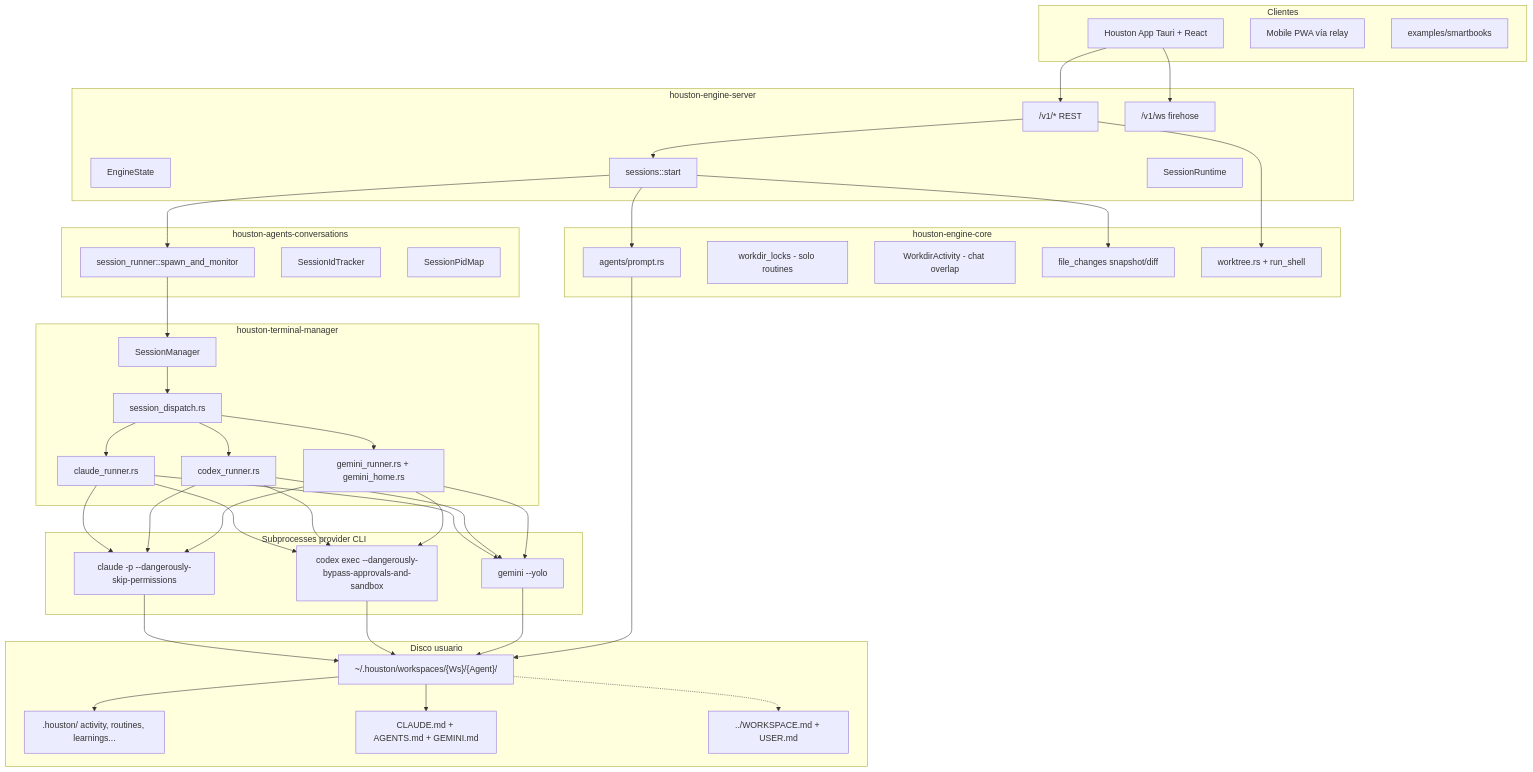
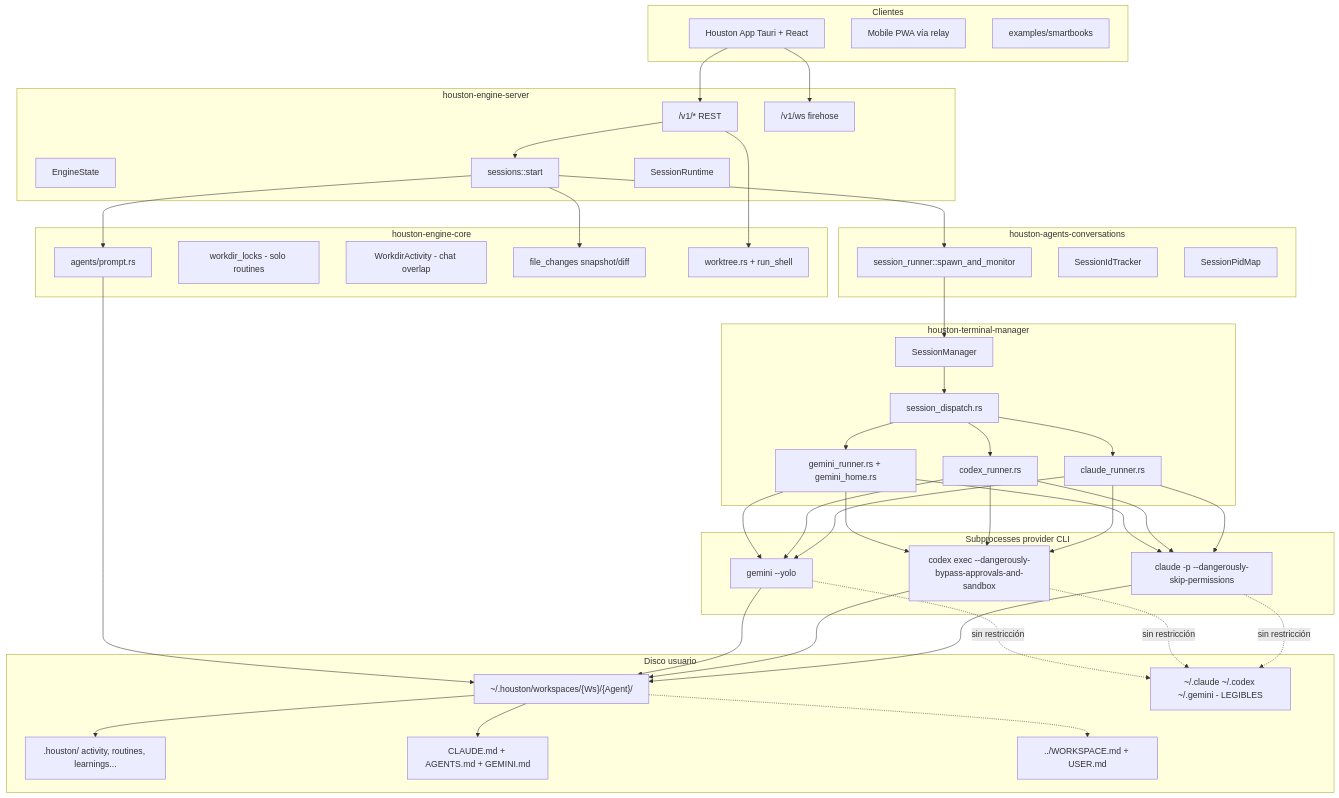
One commit to sebastianvelace/houston changed the first of 5 diagrams in docs/hackathon-agent-orchestration.md. Above: the diagram before and after it, drawn with Mermaid. The commit also changed other lines of this file, not shown here.

````diff
--- a/docs/hackathon-agent-orchestration.md
+++ b/docs/hackathon-agent-orchestration.md
@@ -48,67 +96,69 @@
 ```mermaid
 flowchart TB
     subgraph clients [Clientes]
         APP[Houston App Tauri + React]
         MOBILE[Mobile PWA vía relay]
         SMART[examples/smartbooks]
     end
 
     subgraph engine [houston-engine-server]
         REST["/v1/* REST"]
         WS["/v1/ws firehose"]
         STATE[EngineState]
         SESS[sessions::start]
         RT[SessionRuntime]
     end
 
     subgraph core [houston-engine-core]
         PROMPT[agents/prompt.rs]
         WLOCK[workdir_locks - solo routines]
         WACT[WorkdirActivity - chat overlap]
         FC[file_changes snapshot/diff]
         WT[worktree.rs + run_shell]
     end
 
     subgraph conv [houston-agents-conversations]
         SR[session_runner::spawn_and_monitor]
         SID[SessionIdTracker]
         PID[SessionPidMap]
     end
 
     subgraph tm [houston-terminal-manager]
         SM[SessionManager]
         DISPATCH[session_dispatch.rs]
         CLAUDE[claude_runner.rs]
         CODEX[codex_runner.rs]
         GEMINI[gemini_runner.rs + gemini_home.rs]
     end
 
     subgraph disk [Disco usuario]
         WH["~/.houston/workspaces/{Ws}/{Agent}/"]
         HOUSTON[".houston/ activity, routines, learnings..."]
         CLAUDE_MD[CLAUDE.md + AGENTS.md + GEMINI.md]
         WSCTX["../WORKSPACE.md + USER.md"]
+        CREDS["~/.claude ~/.codex ~/.gemini - LEGIBLES"]
     end
 
     subgraph cli [Subprocesses provider CLI]
         P1[claude -p --dangerously-skip-permissions]
         P2[codex exec --dangerously-bypass-approvals-and-sandbox]
         P3[gemini --yolo]
     end
 
     APP --> REST
     APP --> WS
     REST --> SESS
     SESS --> PROMPT
     SESS --> SR
     SR --> SM
     SM --> DISPATCH
     DISPATCH --> CLAUDE & CODEX & GEMINI
     CLAUDE & CODEX & GEMINI --> P1 & P2 & P3
     P1 & P2 & P3 --> WH
+    P1 & P2 & P3 -.->|sin restricción| CREDS
     PROMPT --> WH
     WH --> HOUSTON & CLAUDE_MD
     WH -.-> WSCTX
     SESS --> FC
     REST --> WT
 ```
````
